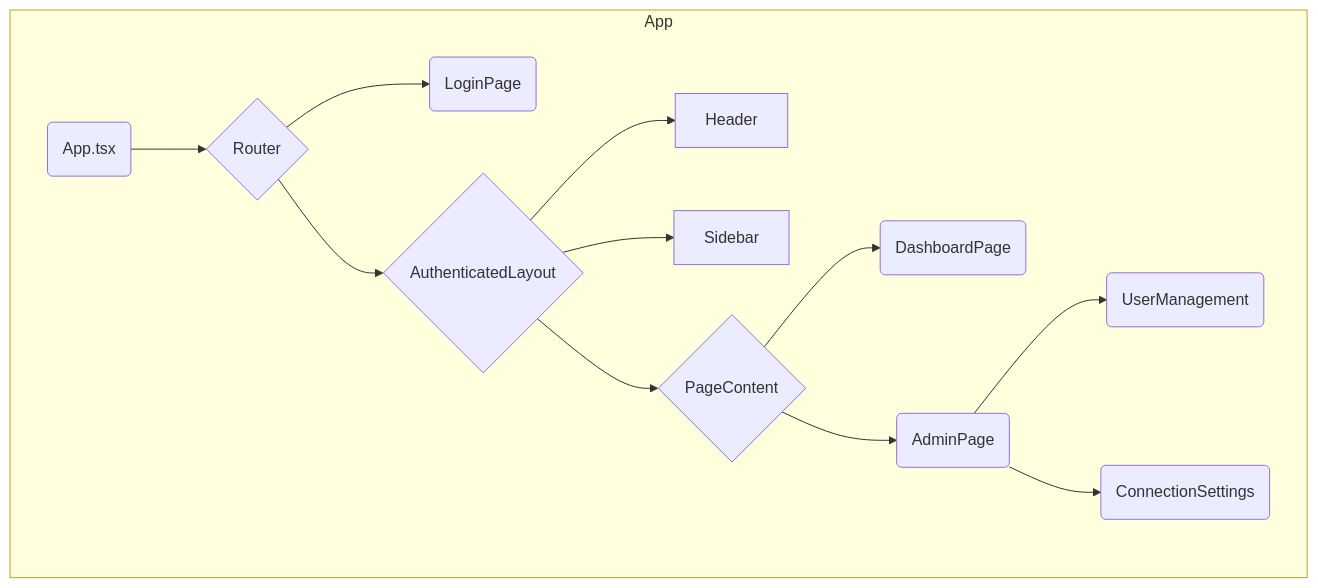
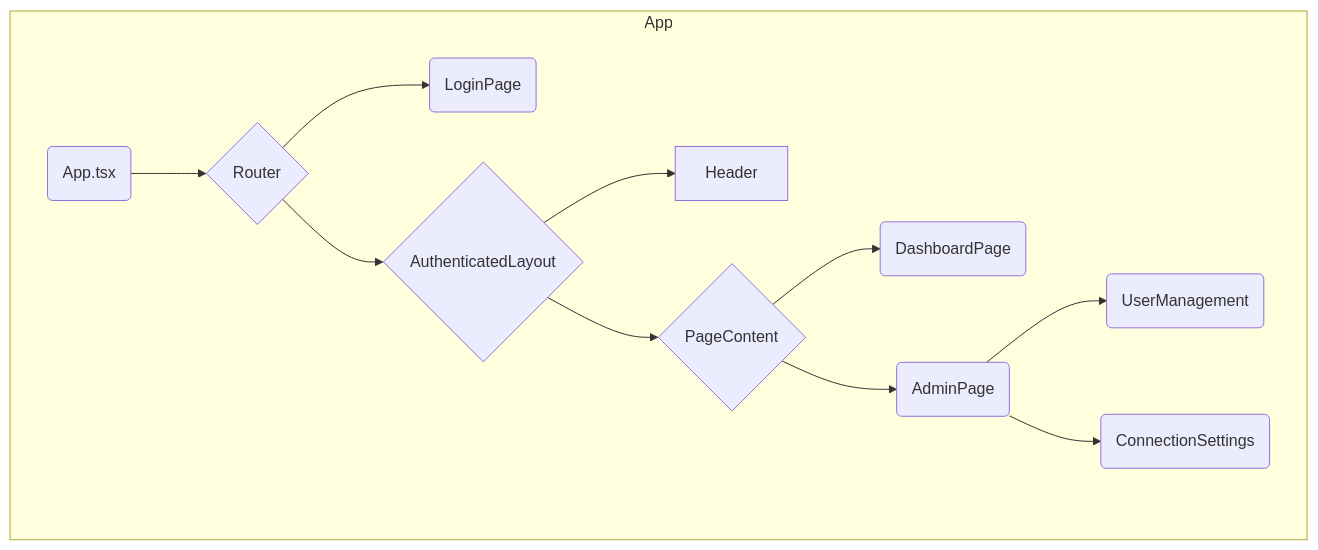
Before and after one commit to tesis-bachiller-edson-chavez/tesis_bachiller_frontend: the seventh of 9 diagrams in documentation/design.md, drawn with Mermaid. The commit also changed other lines of this file, not shown here.

````diff
--- a/documentation/design.md
+++ b/documentation/design.md
@@ -417,15 +420,14 @@
 ```mermaid
 graph TD
     subgraph "App"
         A(App.tsx) --> B{Router};
         B --> C(LoginPage);
         B --> D{AuthenticatedLayout};
         D --> E[Header];
-        D --> F[Sidebar];
         D --> G{PageContent};
         G --> H(DashboardPage);
         G --> I(AdminPage);
         I --> J(UserManagement);
         I --> K(ConnectionSettings);
     end
 ```
````
